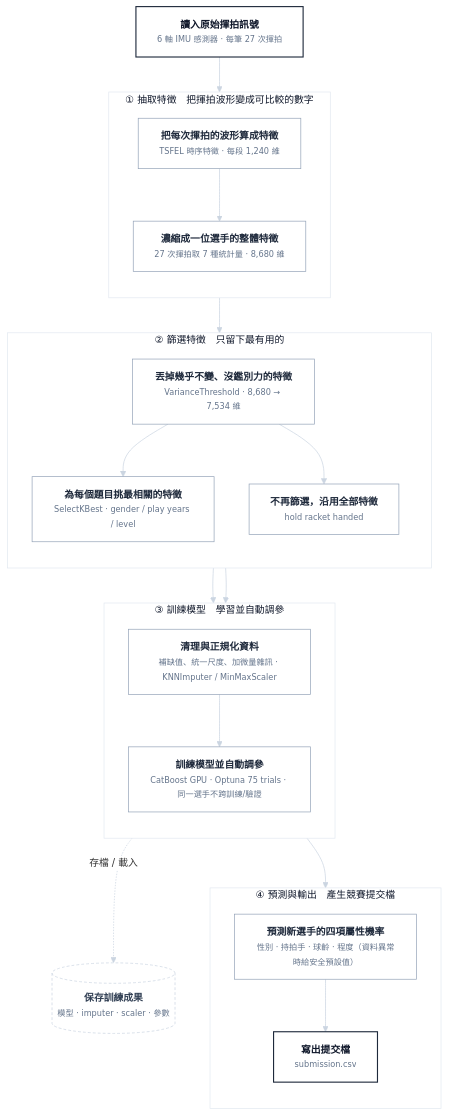
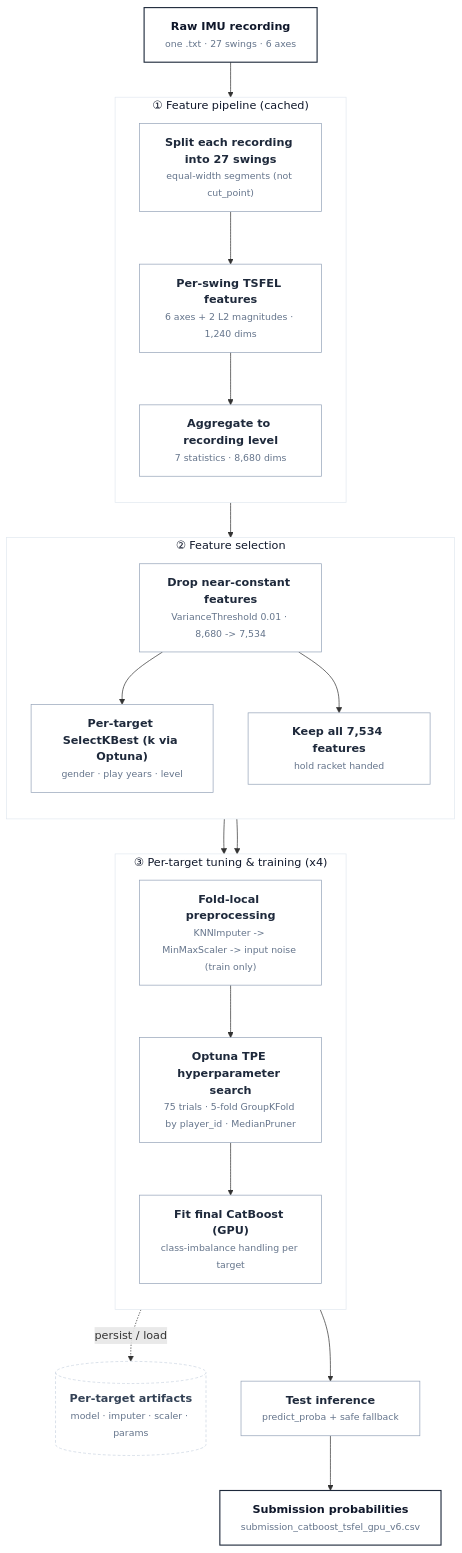
Before and after one commit to Guancheng1206/aicup2025Spring_Tabletennis: the diagram in README.md, drawn with Mermaid. The commit also changed other lines of this file, not shown here.

````diff
--- a/README.md
+++ b/README.md
@@ -35,50 +50,44 @@
 ```mermaid
-%%{init: {'theme':'base','themeVariables':{'fontFamily':'Segoe UI, Helvetica, Arial, sans-serif','fontSize':'14px','lineColor':'#cbd5e1','edgeLabelBackground':'#ffffff'}}}%%
 flowchart TD
-    A["<b>讀入原始揮拍訊號</b><br/><small style='color:#64748b'>6 軸 IMU 感測器 · 每筆 27 次揮拍</small>"]:::io
+    RAW["<b>Raw IMU recording</b><br/><small style='color:#64748b'>one .txt · 27 swings · 6 axes</small>"]:::io
 
-    subgraph FE ["① 抽取特徵　把揮拍波形變成可比較的數字"]
+    subgraph FEAT ["① Feature pipeline (cached)"]
         direction TB
-        B["<b>把每次揮拍的波形算成特徵</b><br/><small style='color:#64748b'>TSFEL 時序特徵 · 每段 1,240 維</small>"]:::card
-        C["<b>濃縮成一位選手的整體特徵</b><br/><small style='color:#64748b'>27 次揮拍取 7 種統計量 · 8,680 維</small>"]:::card
-        B --> C
+        SEG["<b>Split each recording into 27 swings</b><br/><small style='color:#64748b'>equal-width segments (not cut_point)</small>"]:::card
+        TS["<b>Per-swing TSFEL features</b><br/><small style='color:#64748b'>6 axes + 2 L2 magnitudes · 1,240 dims</small>"]:::card
+        AGG["<b>Aggregate to recording level</b><br/><small style='color:#64748b'>7 statistics · 8,680 dims</small>"]:::card
+        SEG --> TS --> AGG
     end
 
-    subgraph SEL ["② 篩選特徵　只留下最有用的"]
+    subgraph SELF ["② Feature selection"]
         direction TB
-        D["<b>丟掉幾乎不變、沒鑑別力的特徵</b><br/><small style='color:#64748b'>VarianceThreshold · 8,680 → 7,534 維</small>"]:::card
-        K1["<b>為每個題目挑最相關的特徵</b><br/><small style='color:#64748b'>SelectKBest · gender / play years / level</small>"]:::card
-        K2["<b>不再篩選，沿用全部特徵</b><br/><small style='color:#64748b'>hold racket handed</small>"]:::card
-        D --> K1
-        D --> K2
+        VT["<b>Drop near-constant features</b><br/><small style='color:#64748b'>VarianceThreshold 0.01 · 8,680 -> 7,534</small>"]:::card
+        KB["<b>Per-target SelectKBest (k via Optuna)</b><br/><small style='color:#64748b'>gender · play years · level</small>"]:::card
+        KEEP["<b>Keep all 7,534 features</b><br/><small style='color:#64748b'>hold racket handed</small>"]:::card
+        VT --> KB
+        VT --> KEEP
     end
 
-    subgraph MODEL ["③ 訓練模型　學習並自動調參"]
+    subgraph TRAIN ["③ Per-target tuning & training (x4)"]
         direction TB
-        PRE["<b>清理與正規化資料</b><br/><small style='color:#64748b'>補缺值、統一尺度、加微量雜訊 · KNNImputer / MinMaxScaler</small>"]:::card
-        F["<b>訓練模型並自動調參</b><br/><small style='color:#64748b'>CatBoost GPU · Optuna 75 trials · 同一選手不跨訓練/驗證</small>"]:::card
-        PRE --> F
+        PRE["<b>Fold-local preprocessing</b><br/><small style='color:#64748b'>KNNImputer -> MinMaxScaler -> input noise (train only)</small>"]:::card
+        OPT["<b>Optuna TPE hyperparameter search</b><br/><small style='color:#64748b'>75 trials · 5-fold GroupKFold by player_id · MedianPruner</small>"]:::card
+        FIT["<b>Fit final CatBoost (GPU)</b><br/><small style='color:#64748b'>class-imbalance handling per target</small>"]:::card
+        PRE --> OPT --> FIT
     end
 
-    subgraph OUT ["④ 預測與輸出　產生競賽提交檔"]
-        direction TB
-        G["<b>預測新選手的四項屬性機率</b><br/><small style='color:#64748b'>性別 · 持拍手 · 球齡 · 程度（資料異常時給安全預設值）</small>"]:::card
-        H["<b>寫出提交檔</b><br/><small style='color:#64748b'>submission.csv</small>"]:::io
-        G --> H
-    end
-
-    A --> B
-    C --> D
-    K1 --> PRE
-    K2 --> PRE
-    F --> G
-    F -. "存檔 / 載入" .-> P[("<b>保存訓練成果</b><br/><small style='color:#64748b'>模型 · imputer · scaler · 參數</small>")]:::art
+    RAW --> SEG
+    AGG --> VT
+    KB --> PRE
+    KEEP --> PRE
+    FIT -. "persist / load" .-> ART[("<b>Per-target artifacts</b><br/><small style='color:#64748b'>model · imputer · scaler · params</small>")]:::art
+    FIT --> INF["<b>Test inference</b><br/><small style='color:#64748b'>predict_proba + safe fallback</small>"]:::card
+    INF --> SUB["<b>Submission probabilities</b><br/><small style='color:#64748b'>submission_catboost_tsfel_gpu_v6.csv</small>"]:::io
 
     classDef card fill:#ffffff,stroke:#94a3b8,color:#1e293b,stroke-width:1px;
     classDef io fill:#ffffff,stroke:#1e293b,color:#0f172a,stroke-width:1.6px;
     classDef art fill:#ffffff,stroke:#cbd5e1,color:#334155,stroke-width:1px,stroke-dasharray:4 3;
-    style FE fill:#ffffff,stroke:#e2e8f0,color:#0f172a
-    style SEL fill:#ffffff,stroke:#e2e8f0,color:#0f172a
-    style MODEL fill:#ffffff,stroke:#e2e8f0,color:#0f172a
-    style OUT fill:#ffffff,stroke:#e2e8f0,color:#0f172a
+    style FEAT fill:#ffffff,stroke:#e2e8f0,color:#0f172a
+    style SELF fill:#ffffff,stroke:#e2e8f0,color:#0f172a
+    style TRAIN fill:#ffffff,stroke:#e2e8f0,color:#0f172a
 ```
````
